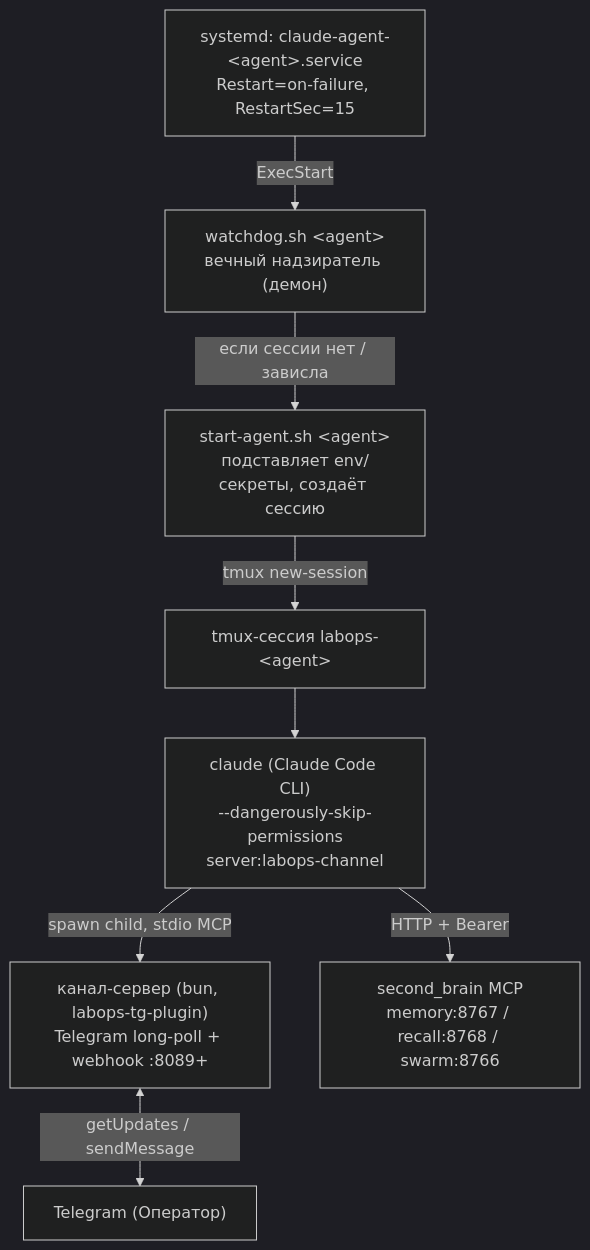
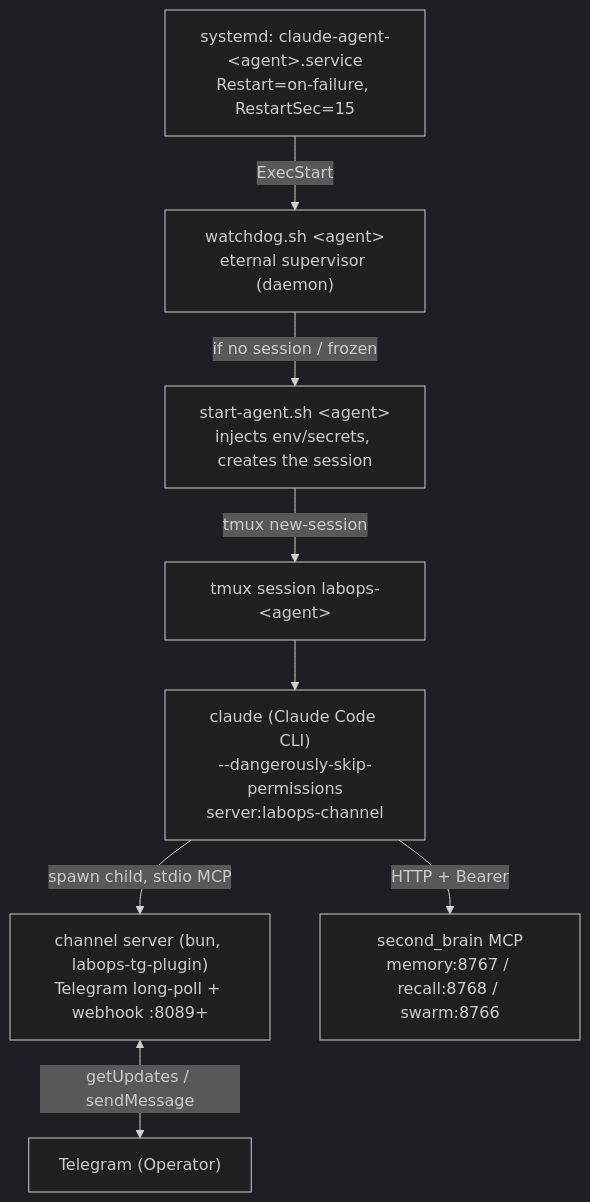
One commit to dediukhinpa/labops-agent-architecture changed the second of 4 diagrams in README.md. Above: the diagram before and after it, drawn with Mermaid (dark theme). The commit also changed other lines of this file and 1 other file, not shown here.

````diff
--- a/README.md
+++ b/README.md
@@ -97,18 +122,18 @@
 ```mermaid
 flowchart TD
   SD["systemd: claude-agent-&lt;agent&gt;.service<br/>Restart=on-failure, RestartSec=15"]
-  WD["watchdog.sh &lt;agent&gt;<br/>вечный надзиратель (демон)"]
-  SA["start-agent.sh &lt;agent&gt;<br/>подставляет env/секреты, создаёт сессию"]
-  TM["tmux-сессия labops-&lt;agent&gt;"]
+  WD["watchdog.sh &lt;agent&gt;<br/>eternal supervisor (daemon)"]
+  SA["start-agent.sh &lt;agent&gt;<br/>injects env/secrets, creates the session"]
+  TM["tmux session labops-&lt;agent&gt;"]
   CC["claude (Claude Code CLI)<br/>--dangerously-skip-permissions<br/>server:labops-channel"]
-  BUN["канал-сервер (bun, labops-tg-plugin)<br/>Telegram long-poll + webhook :8089+"]
+  BUN["channel server (bun, labops-tg-plugin)<br/>Telegram long-poll + webhook :8089+"]
   SB["second_brain MCP<br/>memory:8767 / recall:8768 / swarm:8766"]
 
   SD -->|ExecStart| WD
-  WD -->|если сессии нет / зависла| SA
+  WD -->|if no session / frozen| SA
   SA -->|tmux new-session| TM
   TM --> CC
   CC -->|spawn child, stdio MCP| BUN
   CC -->|HTTP + Bearer| SB
-  BUN <-->|getUpdates / sendMessage| TG["Telegram (Оператор)"]
+  BUN <-->|getUpdates / sendMessage| TG["Telegram (Operator)"]
 ```
````
